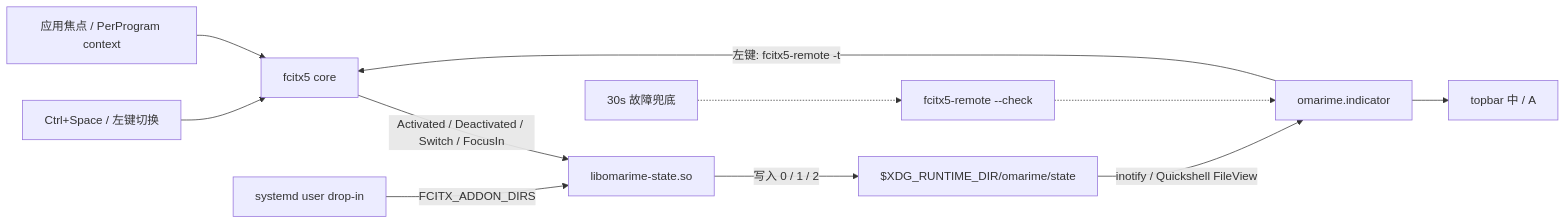
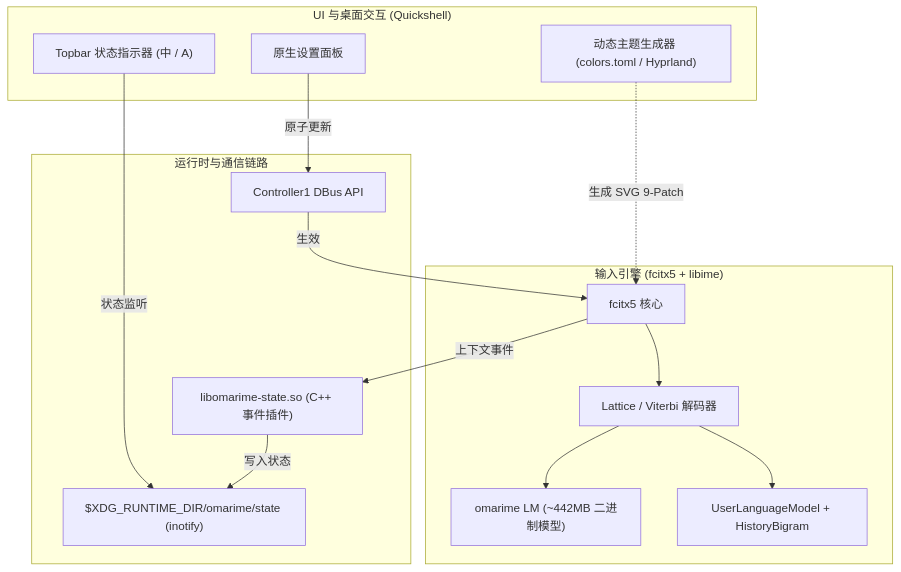
Before and after one commit to forbidden-game/macro-ime: the diagram in README.md, drawn with Mermaid. The commit also changed other lines of this file, not shown here.

````diff
--- a/README.md
+++ b/README.md
@@ -63,13 +85,31 @@
 ```mermaid
-flowchart LR
-    KEY[Ctrl+Space / 左键切换] --> CORE[fcitx5 core]
-    APP[应用焦点 / PerProgram context] --> CORE
-    CORE -->|Activated / Deactivated / Switch / FocusIn| ADDON[libomarime-state.so]
-    ADDON -->|写入 0 / 1 / 2| STATE[$XDG_RUNTIME_DIR/omarime/state]
-    STATE -->|inotify / Quickshell FileView| QML[omarime.indicator]
-    QML --> BAR[topbar 中 / A]
-    QML -->|左键: fcitx5-remote -t| CORE
-    TIMER[30s 故障兜底] -.-> CHECK[fcitx5-remote --check]
-    CHECK -.-> QML
-    DROPIN[systemd user drop-in] -->|FCITX_ADDON_DIRS| ADDON
+flowchart TD
+    subgraph UI ["UI 与桌面交互 (Quickshell)"]
+        BAR["Topbar 状态指示器 (中 / A)"]
+        SETTINGS["原生设置面板"]
+        THEME["动态主题生成器 (colors.toml / Hyprland)"]
+    end
+
+    subgraph Runtime ["运行时与通信链路"]
+        ADDON["libomarime-state.so (C++ 事件插件)"]
+        STATE["$XDG_RUNTIME_DIR/omarime/state (inotify)"]
+        DBUS["Controller1 DBus API"]
+    end
+
+    subgraph Engine ["输入引擎 (fcitx5 + libime)"]
+        CORE["fcitx5 核心"]
+        DECODER["Lattice / Viterbi 解码器"]
+        LM["omarime LM (~442MB 二进制模型)"]
+        USER_LM["UserLanguageModel + HistoryBigram"]
+    end
+
+    BAR -->|状态监听| STATE
+    ADDON -->|写入状态| STATE
+    CORE -->|上下文事件| ADDON
+    SETTINGS -->|原子更新| DBUS
+    DBUS -->|生效| CORE
+    THEME -.->|生成 SVG 9-Patch| CORE
+    CORE --> DECODER
+    DECODER --> LM
+    DECODER --> USER_LM
 ```
````
